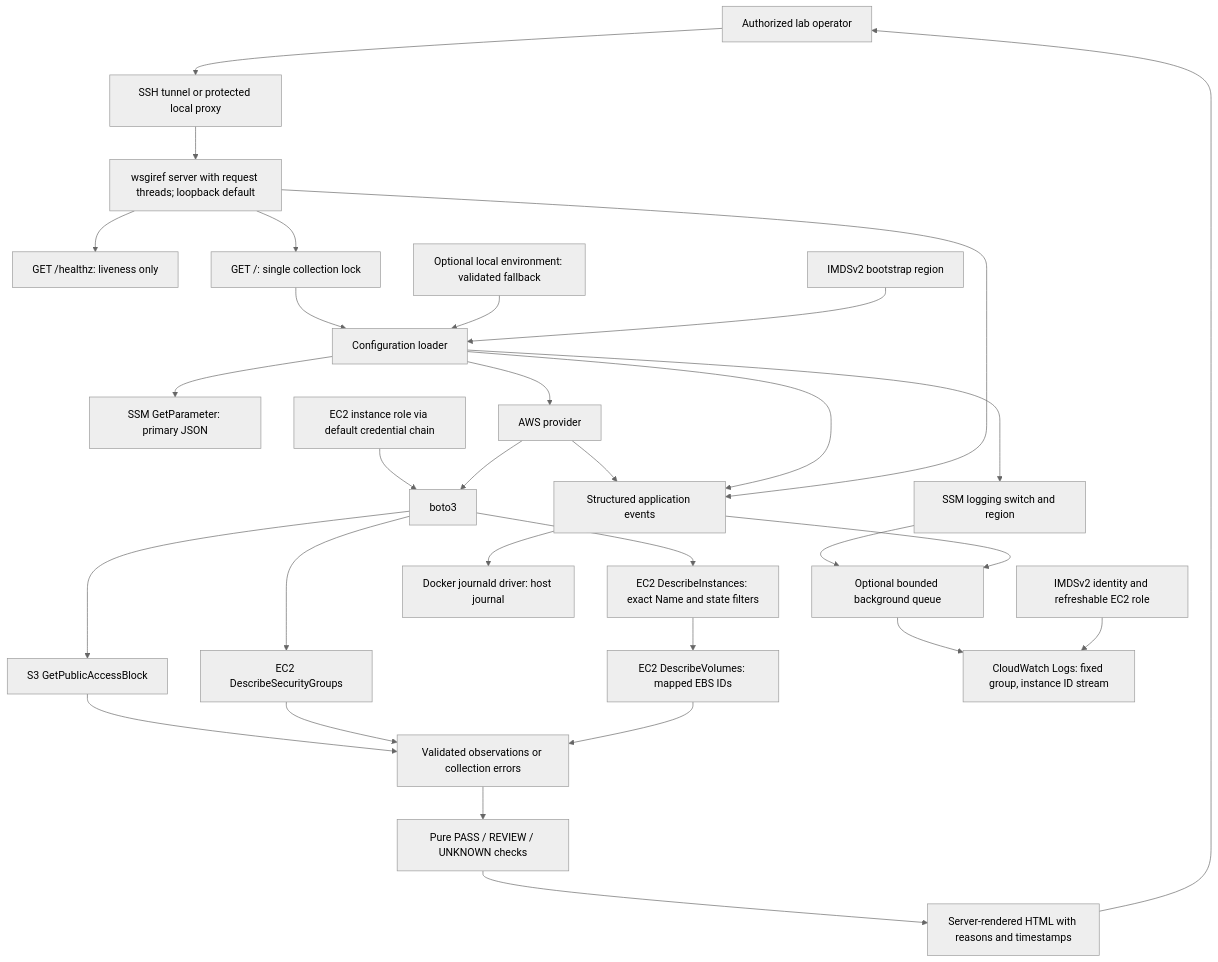
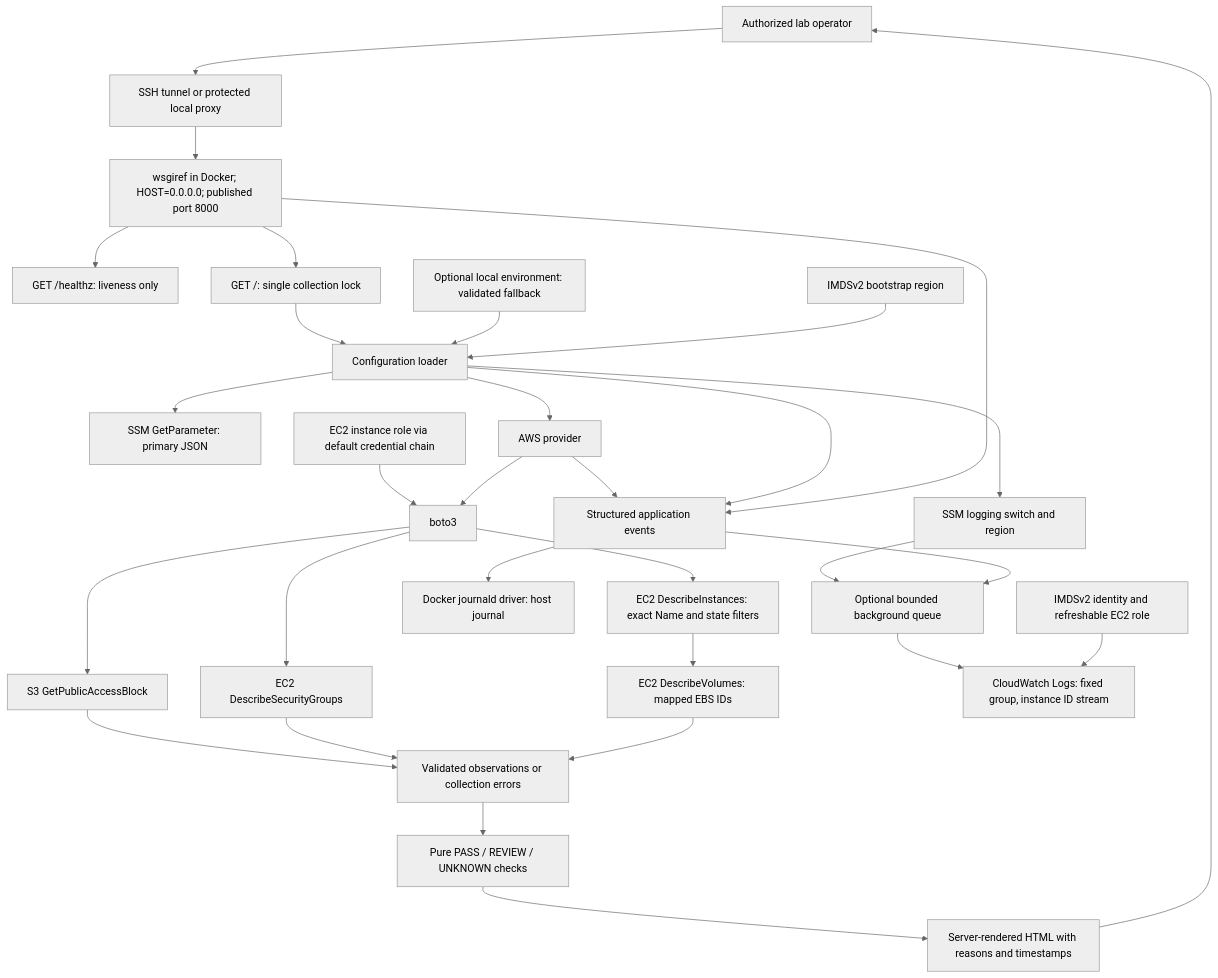
Before and after one commit to BO317/cloud-security-posture-explorer: the second of 2 diagrams in docs/ARCHITECTURE.md, drawn with Mermaid (neutral theme). The commit also changed other lines of this file and 10 other files, not shown here.

````diff
--- a/docs/ARCHITECTURE.md
+++ b/docs/ARCHITECTURE.md
@@ -10,33 +28,33 @@
 ```mermaid
 flowchart TD
     User[Authorized lab operator] --> Access[SSH tunnel or protected local proxy]
-    Access --> Web[wsgiref server with request threads; loopback default]
+    Access --> Web[wsgiref in Docker; HOST=0.0.0.0; published port 8000]
     Web --> Health[GET /healthz: liveness only]
     Web --> Gate[GET /: single collection lock]
     Gate --> Config[Configuration loader]
     Config --> SSM[SSM GetParameter: primary JSON]
     Env[Optional local environment: validated fallback] --> Config
     IMDS[IMDSv2 bootstrap region] --> Config
     Config --> Provider[AWS provider]
     Config --> LogChoice[SSM logging switch and region]
     LogChoice --> Queue
     Role[EC2 instance role via default credential chain] --> SDK[boto3]
     Provider --> SDK
     SDK --> S3[S3 GetPublicAccessBlock]
     SDK --> EC2[EC2 DescribeSecurityGroups]
     SDK --> Instances[EC2 DescribeInstances: exact Name and state filters]
     Instances --> Volumes[EC2 DescribeVolumes: mapped EBS IDs]
     S3 --> Evidence[Validated observations or collection errors]
     EC2 --> Evidence
     Volumes --> Evidence
     Evidence --> Checks[Pure PASS / REVIEW / UNKNOWN checks]
     Checks --> HTML[Server-rendered HTML with reasons and timestamps]
     HTML --> User
     Provider --> Audit[Structured application events]
     Config --> Audit
     Web --> Audit
     Audit --> Journal[Docker journald driver: host journal]
     Audit --> Queue[Optional bounded background queue]
     Queue --> Logs[CloudWatch Logs: fixed group, instance ID stream]
     Metadata[IMDSv2 identity and refreshable EC2 role] --> Logs
 ```
````
